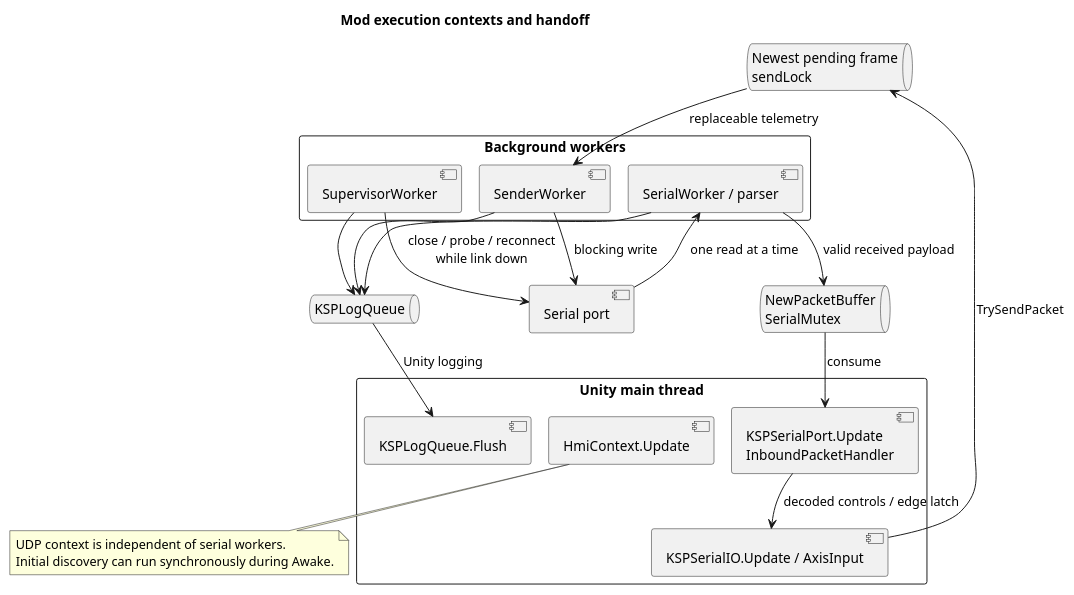
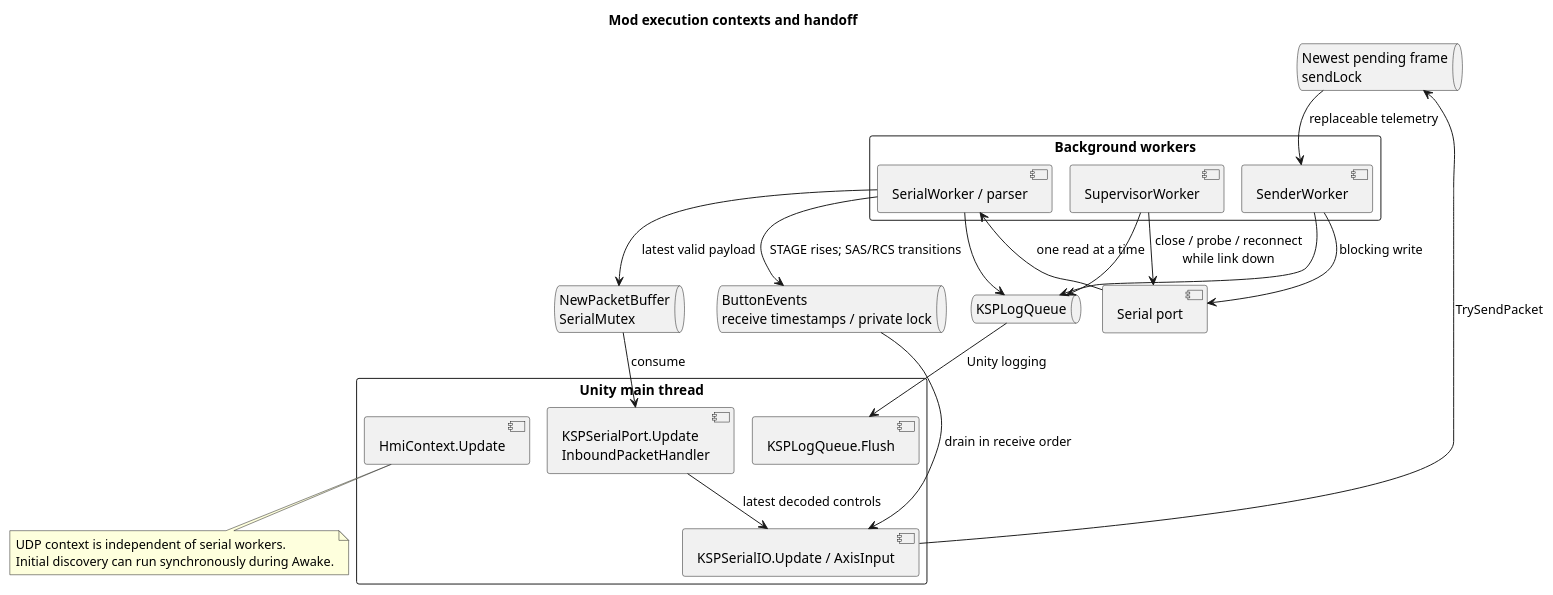
Before and after one commit to AlaNLrdE/KSPKontroller: the diagram in docs/diagrams/plugin_threads.puml, drawn with PlantUML. The commit also changed 13 other files, not shown here.

```diff
--- a/docs/diagrams/plugin_threads.puml
+++ b/docs/diagrams/plugin_threads.puml
@@ -1,32 +1,35 @@
 @startuml plugin_threads
 !pragma layout smetana
 title Mod execution contexts and handoff
 rectangle "Unity main thread" {
   component "KSPSerialIO.Update / AxisInput" as IO
   component "KSPSerialPort.Update\nInboundPacketHandler" as Dispatch
   component "HmiContext.Update" as Context
   component "KSPLogQueue.Flush" as Flush
 }
 rectangle "Background workers" {
   component "SerialWorker / parser" as Reader
   component "SenderWorker" as Writer
   component "SupervisorWorker" as Supervisor
 }
 queue "NewPacketBuffer\nSerialMutex" as RX
 queue "Newest pending frame\nsendLock" as TX
 queue "KSPLogQueue" as Logs
 component "Serial port" as Port
-Reader --> RX : valid received payload
+queue "ButtonEvents\nreceive timestamps / private lock" as Buttons
+Reader --> Buttons : STAGE rises; SAS/RCS transitions
+Buttons --> IO : drain in receive order
+Reader --> RX : latest valid payload
 RX --> Dispatch : consume
-Dispatch --> IO : decoded controls / edge latch
+Dispatch --> IO : latest decoded controls
 IO --> TX : TrySendPacket
 TX --> Writer : replaceable telemetry
 Writer --> Port : blocking write
 Port --> Reader : one read at a time
 Supervisor --> Port : close / probe / reconnect\nwhile link down
 Reader --> Logs
 Writer --> Logs
 Supervisor --> Logs
 Logs --> Flush : Unity logging
 note bottom of Context : UDP context is independent of serial workers.\nInitial discovery can run synchronously during Awake.
 @enduml
```
